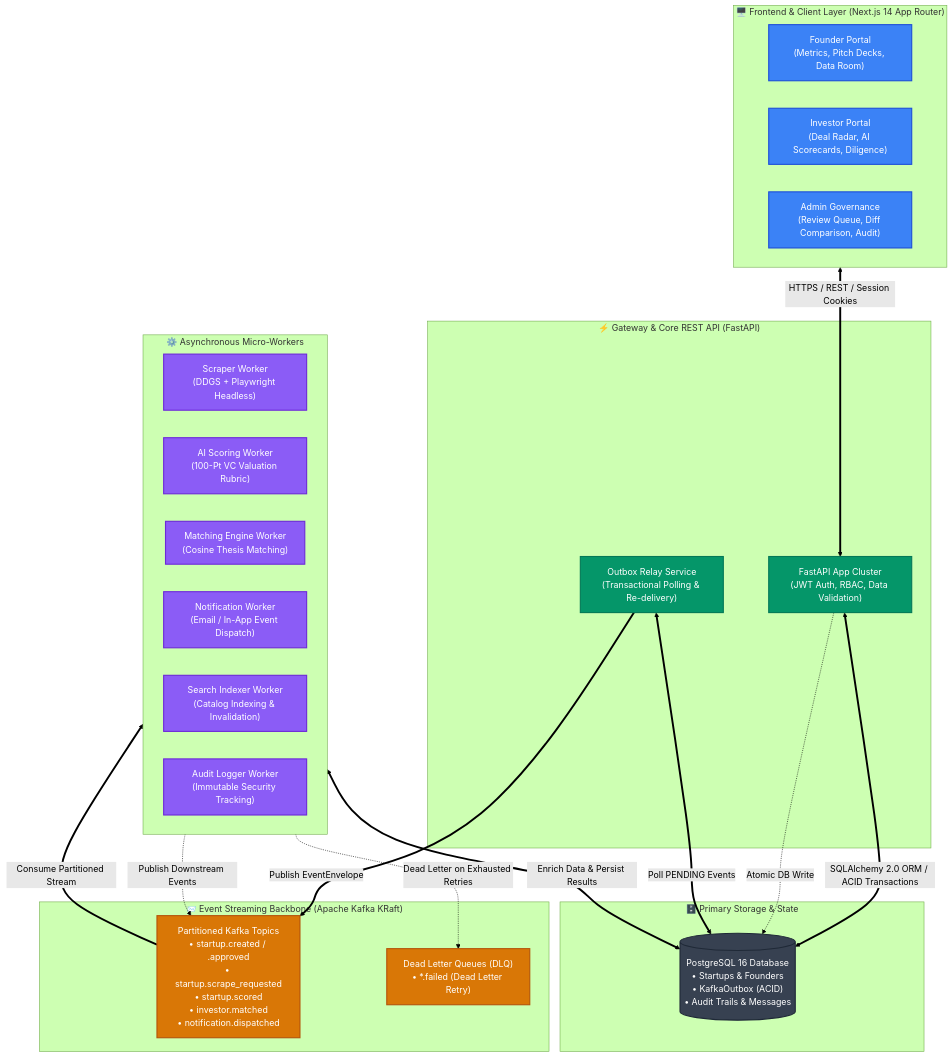
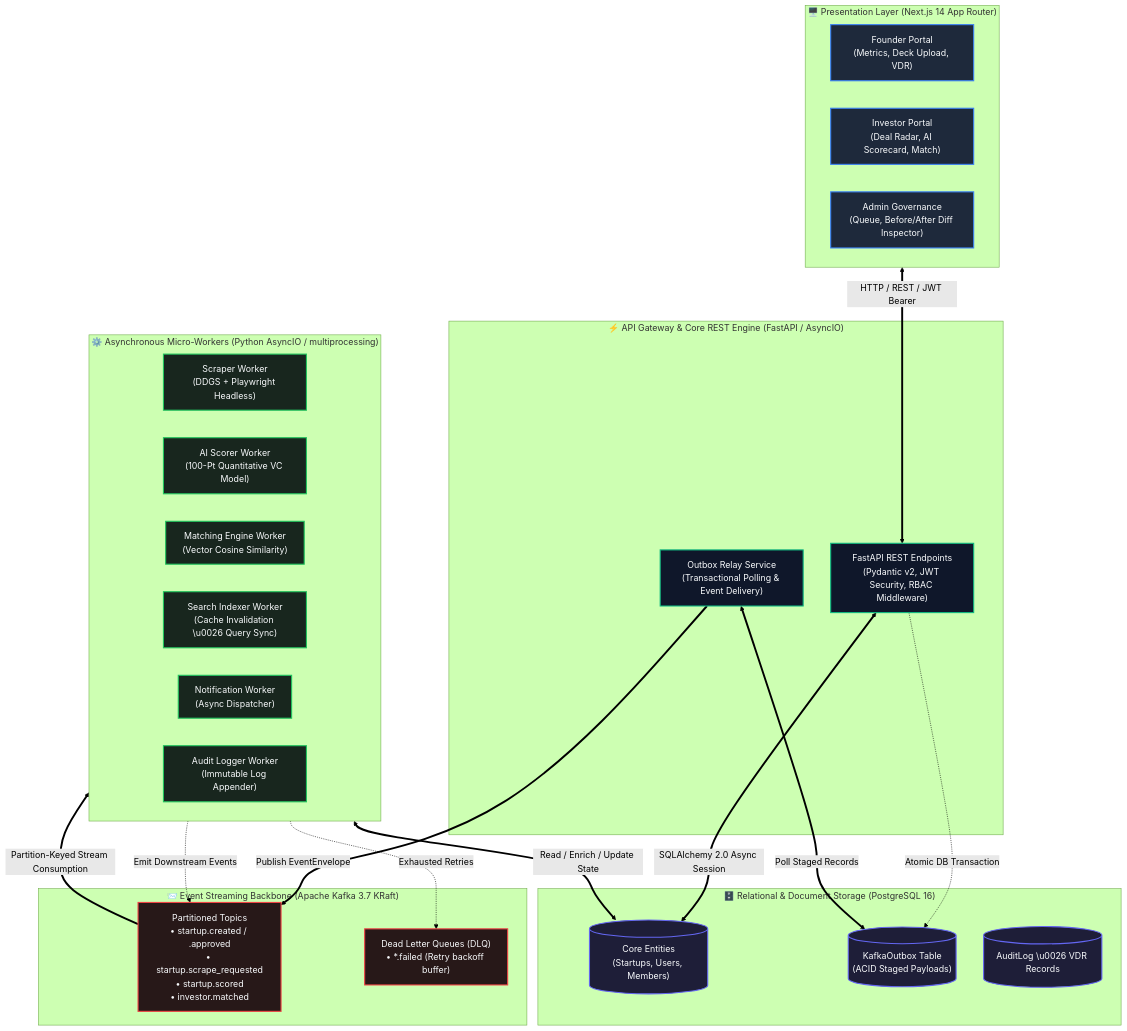
The first of 4 diagrams in README.md (AadithyaNayakV/Startup-Foundary), drawn with Mermaid (forest theme) before and after one commit. The commit also changed other lines of this file and 4 other files, not shown here.

Commit message:
feat: implement startup creation and editing UI with integrated team member management and backend service integration

````diff
--- a/README.md
+++ b/README.md
@@ -82,49 +29,51 @@
 ```mermaid
 flowchart TB
-    %% Styling
-    classDef client fill:#3b82f6,stroke:#1d4ed8,stroke-width:2px,color:#fff;
-    classDef gateway fill:#059669,stroke:#047857,stroke-width:2px,color:#fff;
-    classDef broker fill:#d97706,stroke:#b45309,stroke-width:2px,color:#fff;
-    classDef worker fill:#8b5cf6,stroke:#6d28d9,stroke-width:2px,color:#fff;
-    classDef storage fill:#374151,stroke:#1f2937,stroke-width:2px,color:#fff;
+    %% Styling tokens
+    classDef client fill:#1e293b,stroke:#3b82f6,stroke-width:2px,color:#f8fafc;
+    classDef api fill:#0f172a,stroke:#10b981,stroke-width:2px,color:#f8fafc;
+    classDef db fill:#1e1e38,stroke:#6366f1,stroke-width:2px,color:#f8fafc;
+    classDef kafka fill:#271818,stroke:#ef4444,stroke-width:2px,color:#f8fafc;
+    classDef worker fill:#18261e,stroke:#22c55e,stroke-width:2px,color:#f8fafc;
 
-    subgraph ClientLayer["🖥️ Frontend & Client Layer (Next.js 14 App Router)"]
-        UI_Founder["Founder Portal<br/>(Metrics, Pitch Decks, Data Room)"]:::client
-        UI_Investor["Investor Portal<br/>(Deal Radar, AI Scorecards, Diligence)"]:::client
-        UI_Admin["Admin Governance<br/>(Review Queue, Diff Comparison, Audit)"]:::client
+    subgraph ClientLayer["🖥️ Presentation Layer (Next.js 14 App Router)"]
+        FounderUI["Founder Portal<br/>(Metrics, Deck Upload, VDR)"]:::client
+        InvestorUI["Investor Portal<br/>(Deal Radar, AI Scorecard, Match)"]:::client
+        AdminUI["Admin Governance<br/>(Queue, Before/After Diff Inspector)"]:::client
     end
 
-    subgraph APILayer["⚡ Gateway & Core REST API (FastAPI)"]
-        API["FastAPI App Cluster<br/>(JWT Auth, RBAC, Data Validation)"]:::gateway
-        OutboxRelay["Outbox Relay Service<br/>(Transactional Polling & Re-delivery)"]:::gateway
+    subgraph GatewayLayer["⚡ API Gateway & Core REST Engine (FastAPI / AsyncIO)"]
+        FastAPI["FastAPI REST Endpoints<br/>(Pydantic v2, JWT Security, RBAC Middleware)"]:::api
+        OutboxRelay["Outbox Relay Service<br/>(Transactional Polling & Event Delivery)"]:::api
     end
 
-    subgraph StorageLayer["🗄️ Primary Storage & State"]
-        DB[("PostgreSQL 16 Database<br/>• Startups & Founders<br/>• KafkaOutbox (ACID)<br/>• Audit Trails & Messages")]:::storage
+    subgraph PersistenceLayer["🗄️ Relational & Document Storage (PostgreSQL 16)"]
+        PG_Core[("Core Entities<br/>(Startups, Users, Members)")]:::db
+        PG_Outbox[("KafkaOutbox Table<br/>(ACID Staged Payloads)")]:::db
+        PG_Audit[("AuditLog \u0026 VDR Records")]:::db
     end
 
-    subgraph EventLayer["📨 Event Streaming Backbone (Apache Kafka KRaft)"]
-        K_Topics["Partitioned Kafka Topics<br/>• startup.created / .approved<br/>• startup.scrape_requested<br/>• startup.scored<br/>• investor.matched<br/>• notification.dispatched"]:::broker
-        K_DLQ["Dead Letter Queues (DLQ)<br/>• *.failed (Dead Letter Retry)"]:::broker
+    subgraph MessagingLayer["📨 Event Streaming Backbone (Apache Kafka 3.7 KRaft)"]
+        K_Topics["Partitioned Topics<br/>• startup.created / .approved<br/>• startup.scrape_requested<br/>• startup.scored<br/>• investor.matched"]:::kafka
+        K_DLQ["Dead Letter Queues (DLQ)<br/>• *.failed (Retry backoff buffer)"]:::kafka
     end
 
-    subgraph WorkerLayer["⚙️ Asynchronous Micro-Workers"]
+    subgraph WorkerCluster["⚙️ Asynchronous Micro-Workers (Python AsyncIO / multiprocessing)"]
         W_Scraper["Scraper Worker<br/>(DDGS + Playwright Headless)"]:::worker
-        W_Scorer["AI Scoring Worker<br/>(100-Pt VC Valuation Rubric)"]:::worker
-        W_Matcher["Matching Engine Worker<br/>(Cosine Thesis Matching)"]:::worker
-        W_Notifier["Notification Worker<br/>(Email / In-App Event Dispatch)"]:::worker
-        W_Indexer["Search Indexer Worker<br/>(Catalog Indexing & Invalidation)"]:::worker
-        W_Audit["Audit Logger Worker<br/>(Immutable Security Tracking)"]:::worker
+        W_Scorer["AI Scorer Worker<br/>(100-Pt Quantitative VC Model)"]:::worker
+        W_Matcher["Matching Engine Worker<br/>(Vector Cosine Similarity)"]:::worker
+        W_Indexer["Search Indexer Worker<br/>(Cache Invalidation \u0026 Query Sync)"]:::worker
+        W_Notifier["Notification Worker<br/>(Async Dispatcher)"]:::worker
+        W_Audit["Audit Logger Worker<br/>(Immutable Log Appender)"]:::worker
     end
 
-    ClientLayer <==>|HTTPS / REST / Session Cookies| API
-    API <==>|SQLAlchemy 2.0 ORM / ACID Transactions| DB
-    API -.->|Atomic DB Write| DB
-    OutboxRelay <==>|Poll PENDING Events| DB
+    ClientLayer <==>|HTTP / REST / JWT Bearer| FastAPI
+    FastAPI <==>|SQLAlchemy 2.0 Async Session| PG_Core
+    FastAPI -.->|Atomic DB Transaction| PG_Outbox
+    OutboxRelay <==>|Poll Staged Records| PG_Outbox
     OutboxRelay ==>|Publish EventEnvelope| K_Topics
-    
-    K_Topics ==>|Consume Partitioned Stream| WorkerLayer
-    WorkerLayer <==>|Enrich Data & Persist Results| DB
-    WorkerLayer -.->|Publish Downstream Events| K_Topics
-    WorkerLayer -.->|Dead Letter on Exhausted Retries| K_DLQ
+
+    K_Topics ==>|Partition-Keyed Stream Consumption| WorkerCluster
+    WorkerCluster <==>|Read / Enrich / Update State| PG_Core
+    WorkerCluster -.->|Emit Downstream Events| K_Topics
+    WorkerCluster -.->|Exhausted Retries| K_DLQ
 ```
````
